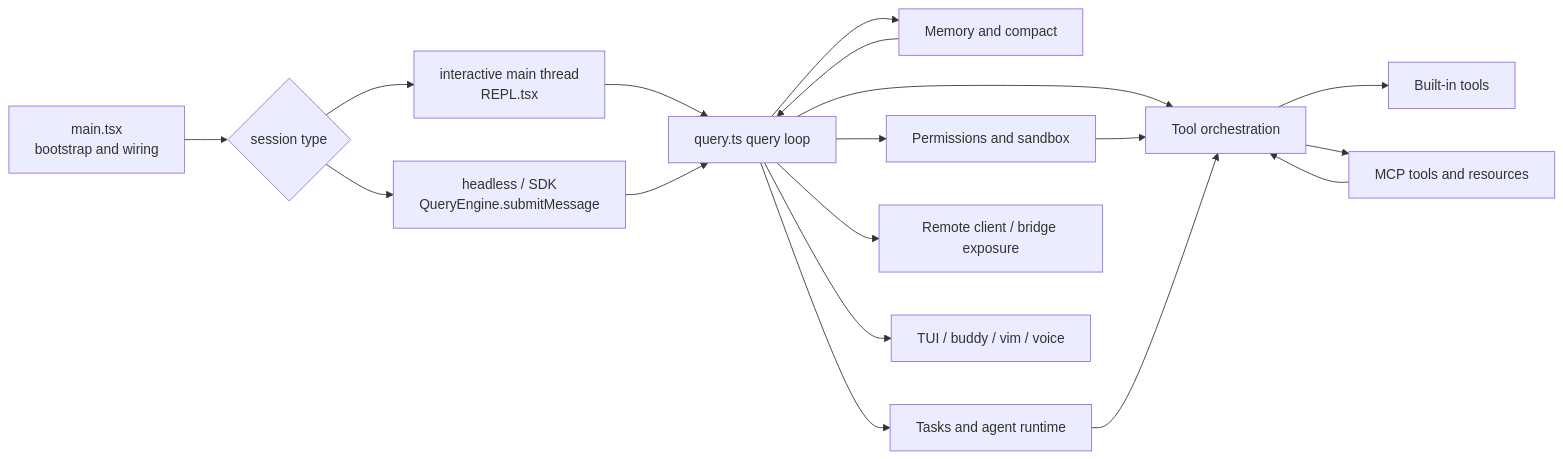
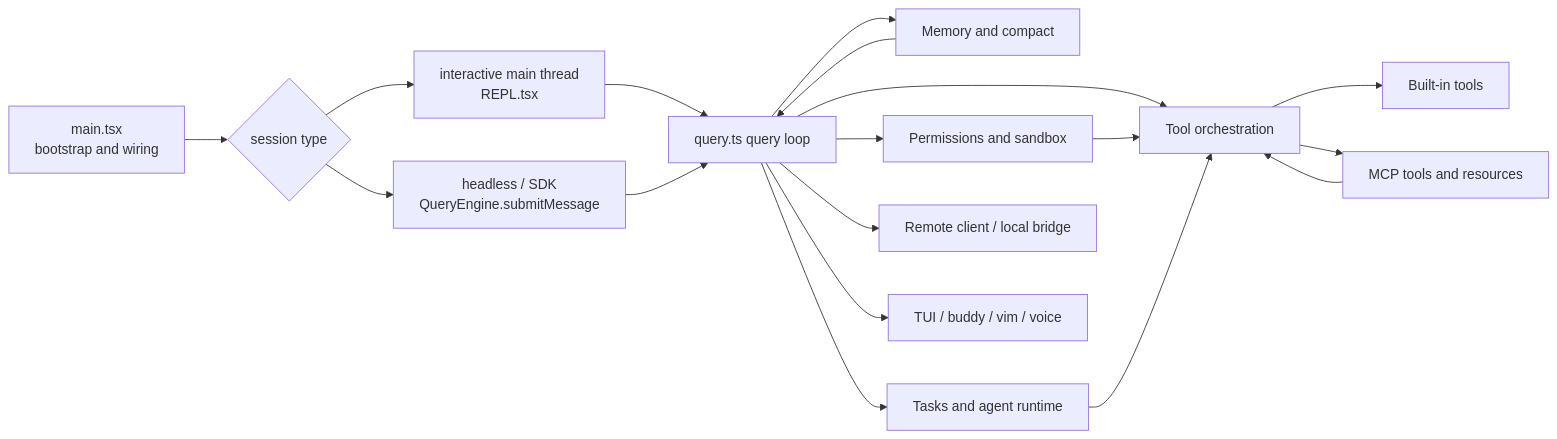
Before and after one commit to Boulea7/ClaudeCode-Source-DeepDive: the first of 3 diagrams in ARCHITECTURE.md, drawn with Mermaid. The commit also changed other lines of this file and 13 other files, not shown here.

Commit message:
docs: polish architecture and remaining source-backed wording

````diff
--- a/ARCHITECTURE.md
+++ b/ARCHITECTURE.md
@@ -16,20 +16,20 @@
 ```mermaid
 flowchart LR
     A[main.tsx<br/>bootstrap and wiring] --> B{session type}
     B --> C[interactive main thread<br/>REPL.tsx]
     B --> D[headless / SDK<br/>QueryEngine.submitMessage]
     C --> E[query.ts query loop]
     D --> E
     E --> F[Tool orchestration]
     F --> G[Built-in tools]
     F --> H[MCP tools and resources]
     E --> I[Memory and compact]
     E --> J[Permissions and sandbox]
     E --> K[Tasks and agent runtime]
-    E --> L[Remote client / bridge exposure]
+    E --> L[Remote client / local bridge]
     E --> M[TUI / buddy / vim / voice]
     I --> E
     J --> F
     H --> F
     K --> F
 ```
````
